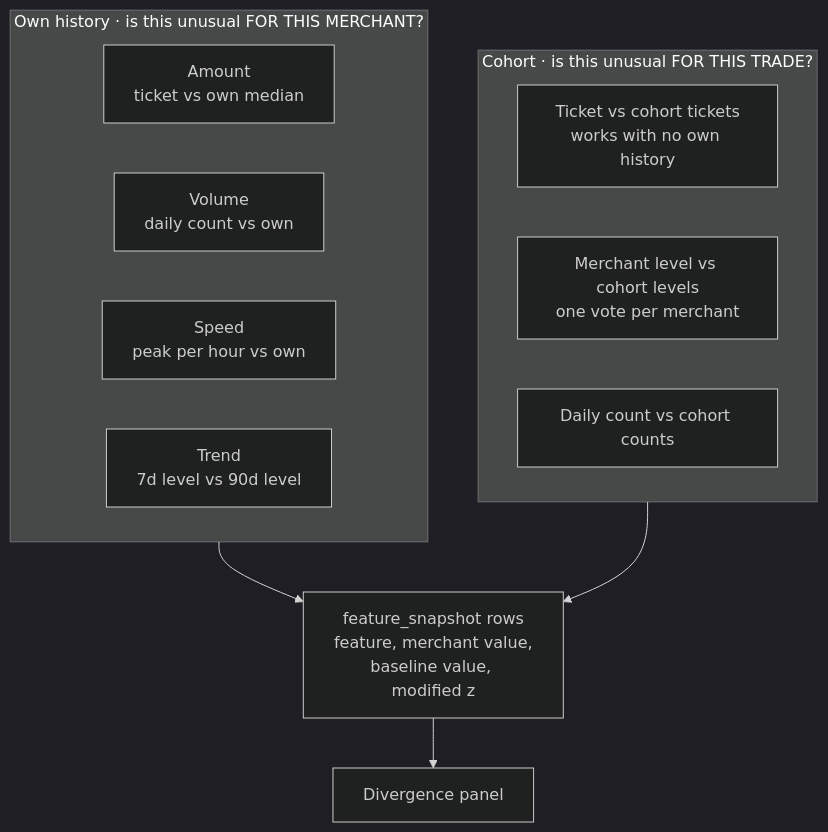
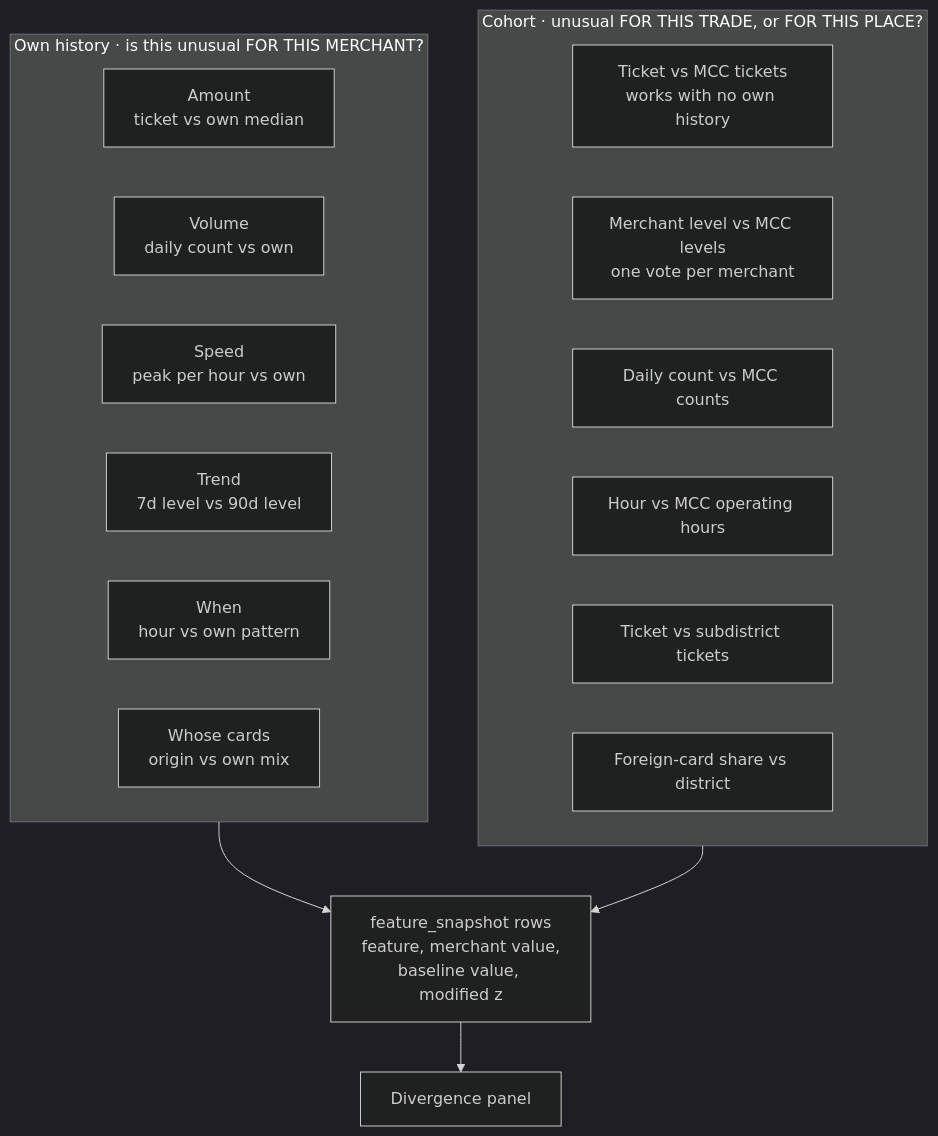
The third of 11 diagrams in docs/Detection_Flow_Diagrams.md (yr08ii/compliance-pipeline), drawn with Mermaid (dark theme) before and after one commit. The commit also changed other lines of this file, not shown here.

Commit message:
Diagram the district cohort dimension and the twelve detectors

````diff
--- a/docs/Detection_Flow_Diagrams.md
+++ b/docs/Detection_Flow_Diagrams.md
@@ -80,19 +80,24 @@
 ```mermaid
 flowchart TD
     subgraph OWN["Own history · is this unusual FOR THIS MERCHANT?"]
         A1["Amount<br/>ticket vs own median"]
         A2["Volume<br/>daily count vs own"]
         A3["Speed<br/>peak per hour vs own"]
         A4["Trend<br/>7d level vs 90d level"]
+        A5["When<br/>hour vs own pattern"]
+        A6["Whose cards<br/>origin vs own mix"]
     end
 
-    subgraph PEER["Cohort · is this unusual FOR THIS TRADE?"]
-        P1["Ticket vs cohort tickets<br/>works with no own history"]
-        P2["Merchant level vs cohort levels<br/>one vote per merchant"]
-        P3["Daily count vs cohort counts"]
+    subgraph PEER["Cohort · unusual FOR THIS TRADE, or FOR THIS PLACE?"]
+        P1["Ticket vs MCC tickets<br/>works with no own history"]
+        P2["Merchant level vs MCC levels<br/>one vote per merchant"]
+        P3["Daily count vs MCC counts"]
+        P4["Hour vs MCC operating hours"]
+        P5["Ticket vs subdistrict tickets"]
+        P6["Foreign-card share vs district"]
     end
 
     OWN --> SNAP["feature_snapshot rows<br/>feature, merchant value,<br/>baseline value, modified z"]
     PEER --> SNAP
     SNAP --> PANEL["Divergence panel"]
 ```
````
